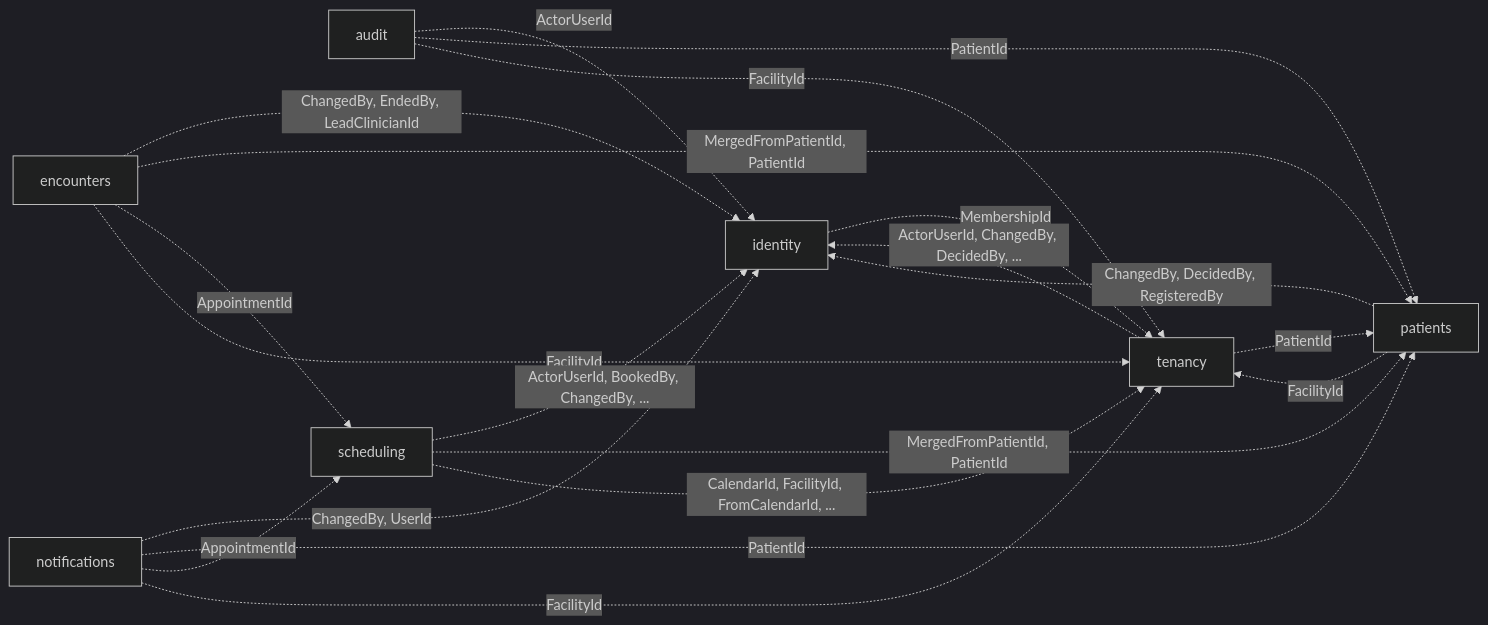
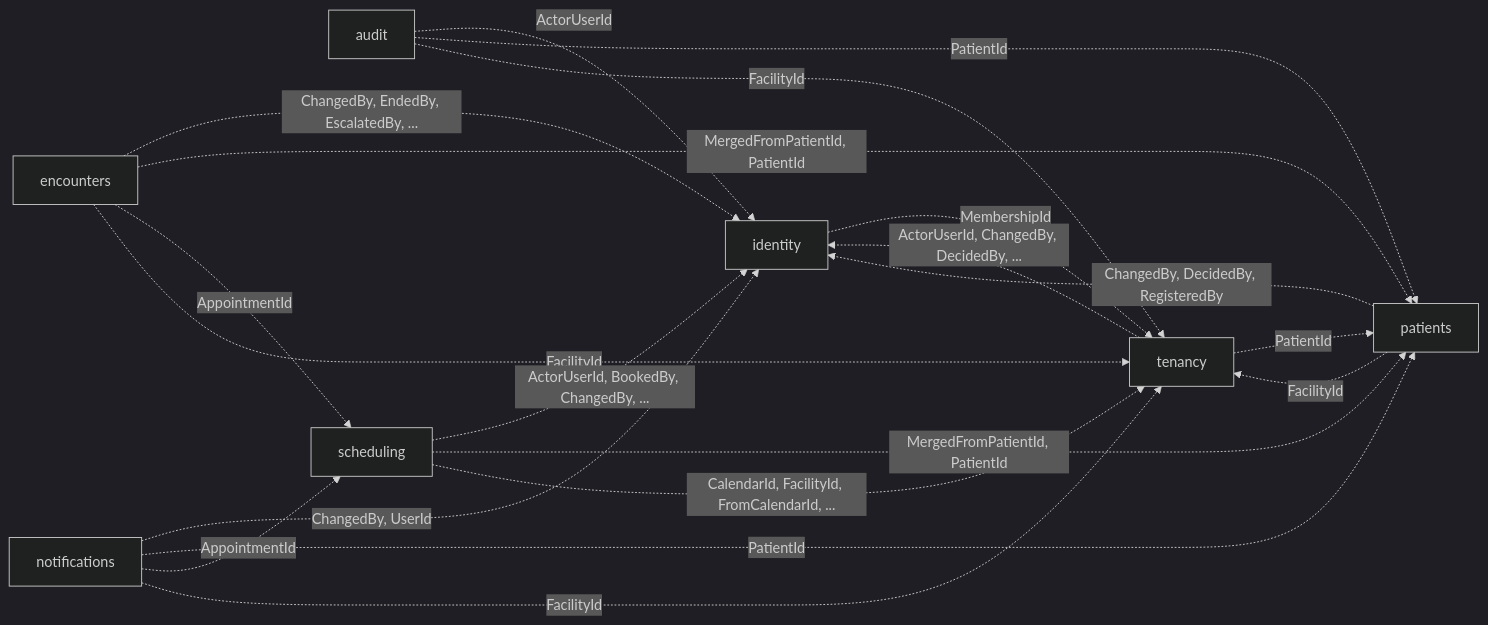
One commit to ALFRED-LUCIFER/medvya changed the third of 13 diagrams in docs/03-architecture/erd.md. Above: the diagram before and after it, drawn with Mermaid (dark theme). The commit also changed other lines of this file and 42 other files, not shown here.

````diff
--- a/docs/03-architecture/erd.md
+++ b/docs/03-architecture/erd.md
@@ -87,22 +87,22 @@
 ```mermaid
 flowchart LR
   audit -.->|"ActorUserId"| identity
   audit -.->|"PatientId"| patients
   audit -.->|"FacilityId"| tenancy
-  encounters -.->|"ChangedBy, EndedBy, LeadClinicianId"| identity
+  encounters -.->|"ChangedBy, EndedBy, EscalatedBy, ..."| identity
   encounters -.->|"MergedFromPatientId, PatientId"| patients
   encounters -.->|"AppointmentId"| scheduling
   encounters -.->|"FacilityId"| tenancy
   identity -.->|"MembershipId"| tenancy
   notifications -.->|"ChangedBy, UserId"| identity
   notifications -.->|"PatientId"| patients
   notifications -.->|"AppointmentId"| scheduling
   notifications -.->|"FacilityId"| tenancy
   patients -.->|"ChangedBy, DecidedBy, RegisteredBy"| identity
   patients -.->|"FacilityId"| tenancy
   scheduling -.->|"ActorUserId, BookedBy, ChangedBy, ..."| identity
   scheduling -.->|"MergedFromPatientId, PatientId"| patients
   scheduling -.->|"CalendarId, FacilityId, FromCalendarId, ..."| tenancy
   tenancy -.->|"ActorUserId, ChangedBy, DecidedBy, ..."| identity
   tenancy -.->|"PatientId"| patients
 ```
````
